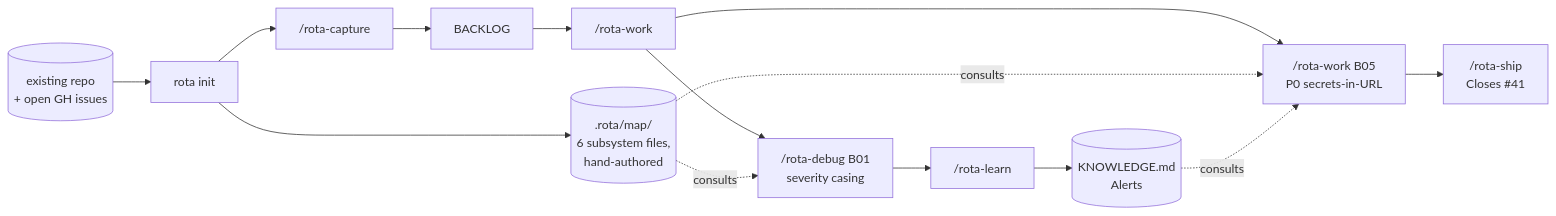
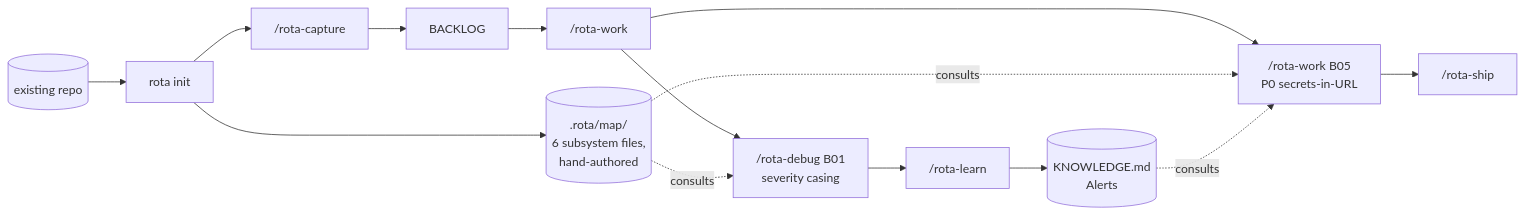
Before and after one commit to l4ci/rota: the diagram in docs/walkthroughs/brownfield-existing-project.md, drawn with Mermaid. The commit also changed other lines of this file and 2 other files, not shown here.

````diff
--- a/docs/walkthroughs/brownfield-existing-project.md
+++ b/docs/walkthroughs/brownfield-existing-project.md
@@ -9,16 +9,16 @@
 ```mermaid
 flowchart LR
-  REPO[(existing repo<br/>+ open GH issues)] --> INIT["rota init"]
+  REPO[(existing repo)] --> INIT["rota init"]
   INIT --> SUBS[(.rota/map/<br/>6 subsystem files,<br/>hand-authored)]
   INIT --> CAP["/rota-capture"]
   CAP --> BACKLOG
   BACKLOG --> NEXT["/rota-work"]
   NEXT --> WORK["/rota-work B05<br/>P0 secrets-in-URL"]
   NEXT --> DEBUGCYCLE["/rota-debug B01<br/>severity casing"]
-  WORK --> SHIP["/rota-ship<br/>Closes #41"]
+  WORK --> SHIP["/rota-ship"]
   DEBUGCYCLE --> LEARN["/rota-learn"]
   LEARN --> KNOW[(KNOWLEDGE.md<br/>Alerts)]
   SUBS -.consults.-> WORK
   SUBS -.consults.-> DEBUGCYCLE
   KNOW -.consults.-> WORK
 ```
````
